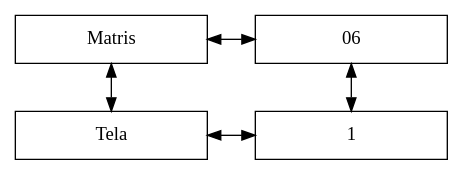
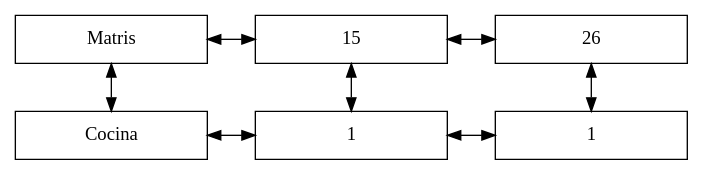
The diagram in Servidor/1997_10.dot (Macario12/EDD_VirtualMall_201905837), drawn with Graphviz before and after one commit. The commit also changed 40 other files, not shown here.

```diff
--- a/Servidor/1997_10.dot
+++ b/Servidor/1997_10.dot
@@ -1,15 +1,20 @@
 digraph { 
 rankdir = TB; 
 node [shape=rectangle, height=0.5, width=2] 
 graph[ nodesep = 0.5] 
 Matris[label="Matris"] 
-nodo06 [label="06"] 
-nodoTela [label="Tela"] 
-Matris -> nodo06 [dir=both] 
-Matris -> nodoTela [dir=both] 
+nodo15 [label="15"] 
+nodo26 [label="26"] 
+nodoCocina [label="Cocina"] 
+Matris -> nodo15 [dir=both] 
+nodo15 -> nodo26 [dir=both] 
+Matris -> nodoCocina [dir=both] 
 nodo0y0[label="1"] 
-nodo06 -> nodo0y0[dir=both] 
-nodoTela -> nodo0y0[constraint=false, dir=both] 
-{ rank=same; Matris; nodo06} 
-{ rank=same;nodoTela;nodo0y0} 
+nodo1y0[label="1"] 
+nodo15 -> nodo0y0[dir=both] 
+nodo26 -> nodo1y0[dir=both] 
+nodoCocina -> nodo0y0[constraint=false, dir=both] 
+nodo0y0 -> nodo1y0[constraint=false, dir=both] 
+{ rank=same; Matris; nodo15; nodo26} 
+{ rank=same;nodoCocina;nodo0y0;nodo1y0} 
 }
```
